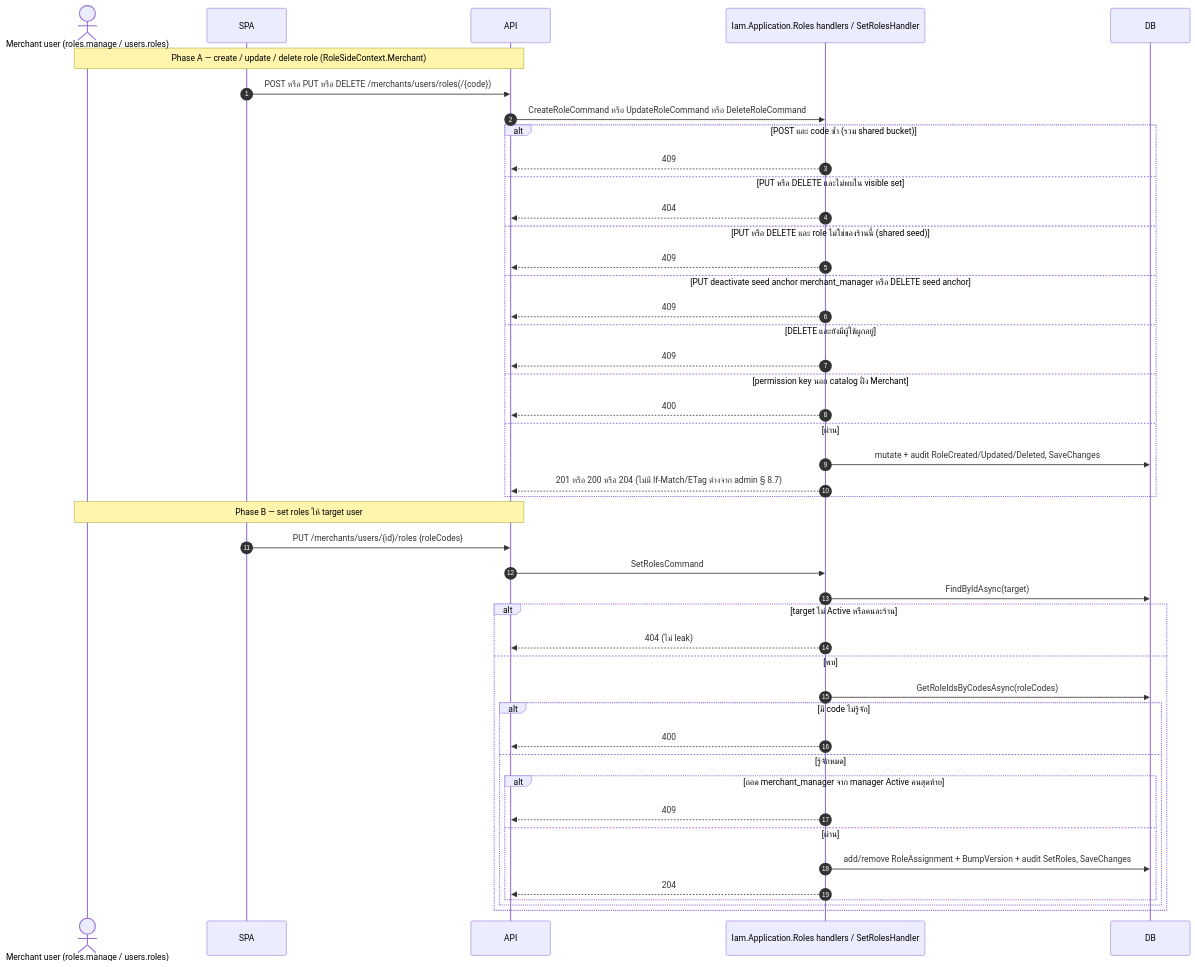
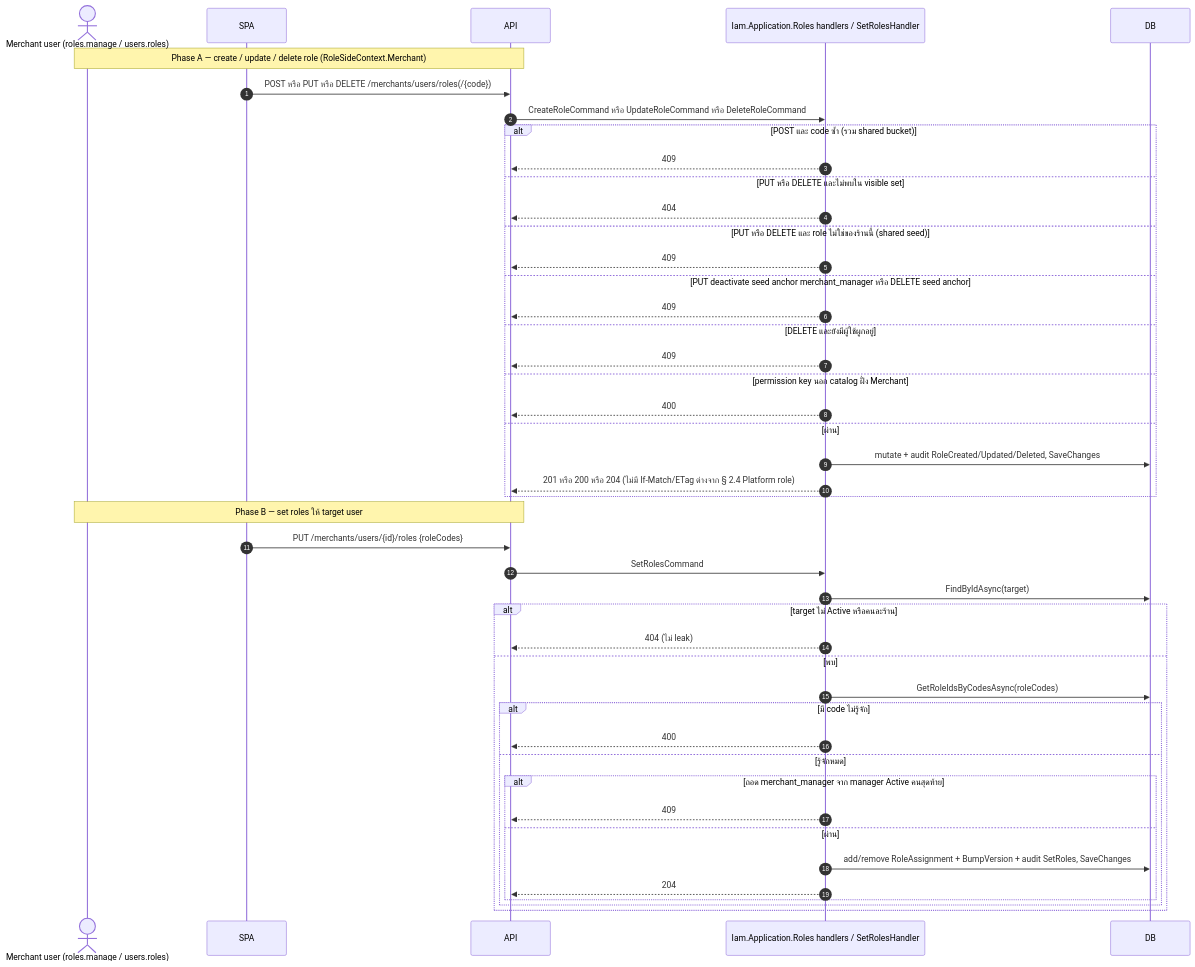
Before and after one commit to metrodiesign/pol-core: the eighth of 8 diagrams in outputs/diagrams/2026-09-14_api-endpoints_v1/09-merchant-provision-users-auth.sequences.md, drawn with Mermaid. The commit also changed other lines of this file and 42 other files, not shown here.

First line of the commit message:
docs: align reference docs and the API diagram set with the Bearer-only admin plane

````diff
--- a/outputs/diagrams/2026-09-14_api-endpoints_v1/09-merchant-provision-users-auth.sequences.md
+++ b/outputs/diagrams/2026-09-14_api-endpoints_v1/09-merchant-provision-users-auth.sequences.md
@@ -419,49 +419,49 @@
 ```mermaid
 sequenceDiagram
     autonumber
     actor U as Merchant user (roles.manage / users.roles)
     participant SPA
     participant API
     participant H as Iam.Application.Roles handlers / SetRolesHandler
     participant DB
 
     Note over U,API: Phase A — create / update / delete role (RoleSideContext.Merchant)
     SPA->>API: POST หรือ PUT หรือ DELETE /merchants/users/roles(/{code})
     API->>H: CreateRoleCommand หรือ UpdateRoleCommand หรือ DeleteRoleCommand
     alt POST และ code ซ้ำ (รวม shared bucket)
         H-->>API: 409
     else PUT หรือ DELETE และไม่พบใน visible set
         H-->>API: 404
     else PUT หรือ DELETE และ role ไม่ใช่ของร้านนี้ (shared seed)
         H-->>API: 409
     else PUT deactivate seed anchor merchant_manager หรือ DELETE seed anchor
         H-->>API: 409
     else DELETE และยังมีผู้ใช้ผูกอยู่
         H-->>API: 409
     else permission key นอก catalog ฝั่ง Merchant
         H-->>API: 400
     else ผ่าน
         H->>DB: mutate + audit RoleCreated/Updated/Deleted, SaveChanges
-        H-->>API: 201 หรือ 200 หรือ 204 (ไม่มี If-Match/ETag ต่างจาก admin § 8.7)
+        H-->>API: 201 หรือ 200 หรือ 204 (ไม่มี If-Match/ETag ต่างจาก § 2.4 Platform role)
     end
 
     Note over U,API: Phase B — set roles ให้ target user
     SPA->>API: PUT /merchants/users/{id}/roles {roleCodes}
     API->>H: SetRolesCommand
     H->>DB: FindByIdAsync(target)
     alt target ไม่ Active หรือคนละร้าน
         H-->>API: 404 (ไม่ leak)
     else พบ
         H->>DB: GetRoleIdsByCodesAsync(roleCodes)
         alt มี code ไม่รู้จัก
             H-->>API: 400
         else รู้จักหมด
             alt ถอด merchant_manager จาก manager Active คนสุดท้าย
                 H-->>API: 409
             else ผ่าน
                 H->>DB: add/remove RoleAssignment + BumpVersion + audit SetRoles, SaveChanges
                 H-->>API: 204
             end
         end
     end
 ```
````
